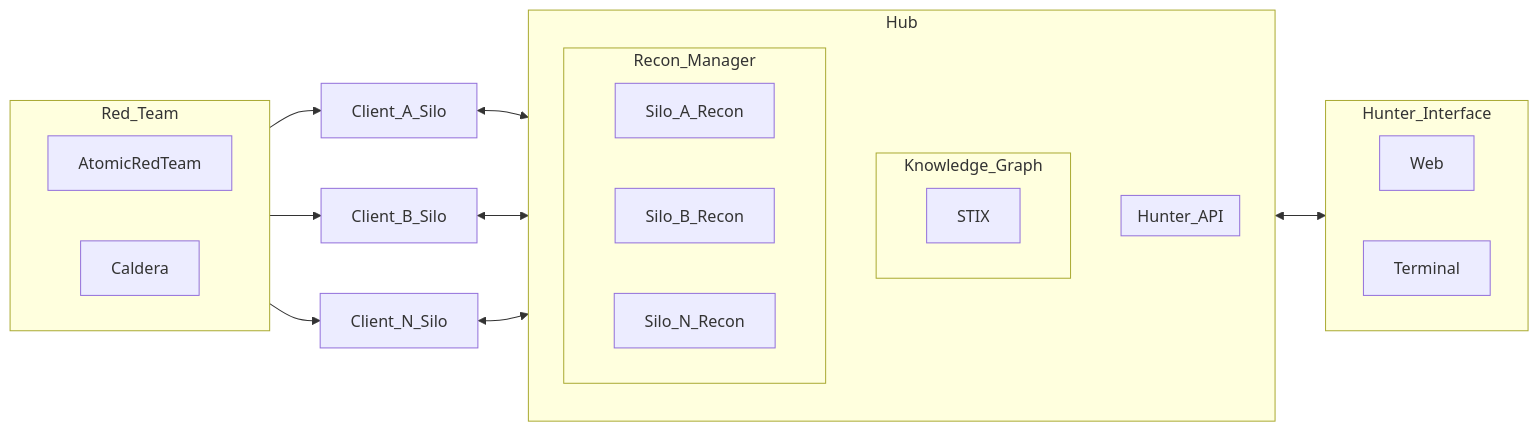
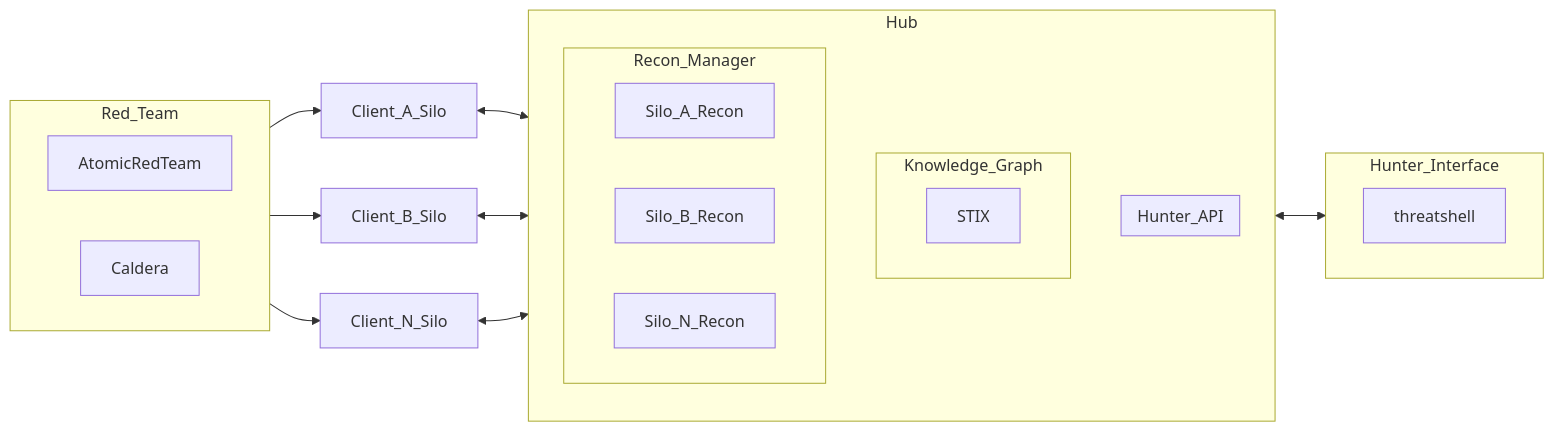
One commit to endepointe/threathunter changed the diagram in README.md. Above: the diagram before and after it, drawn with Mermaid. The commit also changed other lines of this file and 10 other files, not shown here.

````diff
--- a/README.md
+++ b/README.md
@@ -18,36 +17,35 @@
 ```mermaid
 flowchart LR
     subgraph Hub
         direction TB
         subgraph Hunter_API
 
         end
         subgraph Knowledge_Graph
             STIX
         end
         subgraph Recon_Manager
             Silo_A_Recon
             Silo_B_Recon
             Silo_N_Recon
         end
         Recon_Manager
     end
     subgraph Hunter_Interface
         direction RL
-        Web
-        Terminal
+        threatshell
     end
     subgraph Red_Team
         direction LR
         AtomicRedTeam
         Caldera
     end
 
     Client_A_Silo <--> Hub
     Client_B_Silo <--> Hub
     Client_N_Silo <--> Hub
     Red_Team --> Client_A_Silo
     Red_Team --> Client_B_Silo
     Red_Team --> Client_N_Silo
     Hub <--> Hunter_Interface
 ```
````
